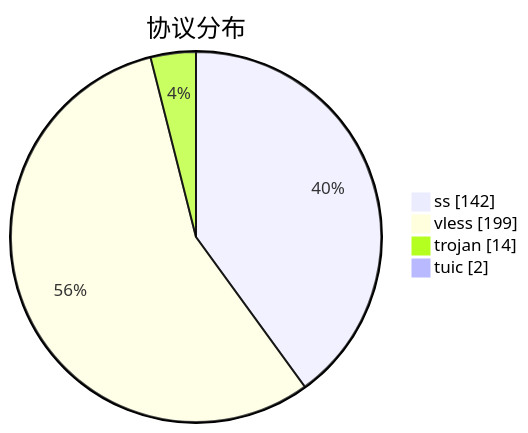
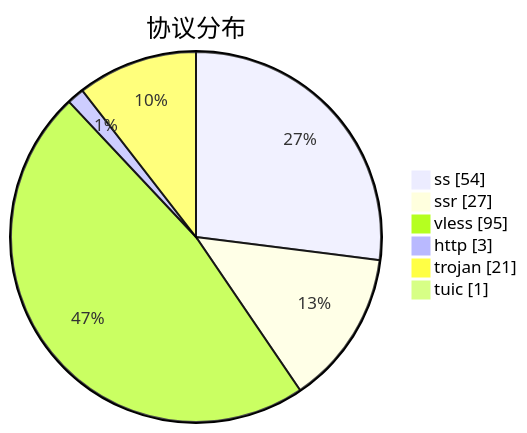
Before and after one commit to qjlxg/airport: the third of 3 diagrams in subs/statistics/tested_within.md, drawn with Mermaid. The commit also changed other lines of this file and 2 other files, not shown here.

````diff
--- a/subs/statistics/tested_within.md
+++ b/subs/statistics/tested_within.md
@@ -32,8 +29,10 @@
 ```mermaid
 pie showData
 title 协议分布
-"ss" : 142
-"vless" : 199
-"trojan" : 14
-"tuic" : 2
+"ss" : 54
+"ssr" : 27
+"vless" : 95
+"http" : 3
+"trojan" : 21
+"tuic" : 1
 ```
````
